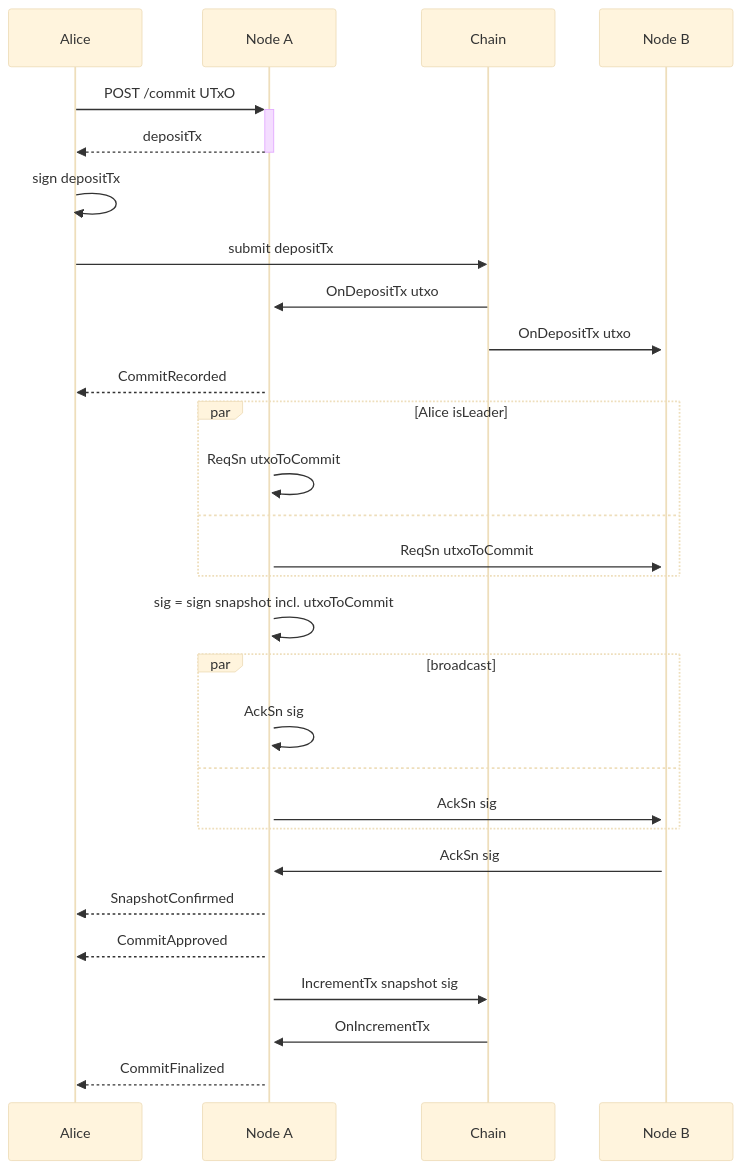
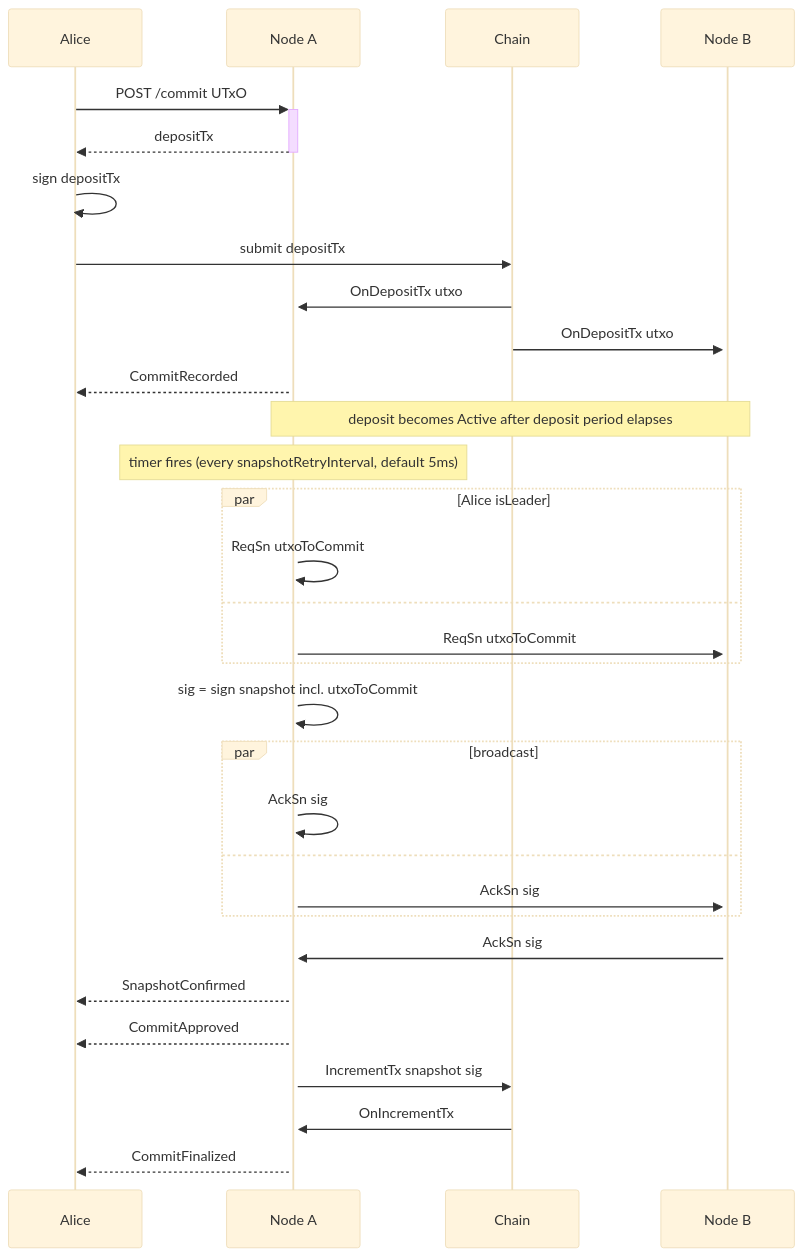
The second of 5 diagrams in docs/docs/dev/protocol.md (cardano-scaling/hydra), drawn with Mermaid (base theme) before and after one commit. The commit also changed other lines of this file and 3 other files, not shown here.

````diff
--- a/docs/docs/dev/protocol.md
+++ b/docs/docs/dev/protocol.md
@@ -36,35 +79,38 @@
 ```mermaid
 sequenceDiagram
     Alice->>+Node A: POST /commit UTxO
     Node A-->>-Alice: depositTx
 
     Alice ->> Alice: sign depositTx
     Alice ->> Chain: submit depositTx
 
     Chain ->>+ Node A: OnDepositTx utxo
     Chain ->>+ Node B: OnDepositTx utxo
 
     Node A -->> Alice: CommitRecorded
+
+    note over Node A,Node B: deposit becomes Active after deposit period elapses
+    note over Node A: timer fires (every snapshotRetryInterval, default 5ms)
 
     par Alice isLeader
         Node A->>Node A: ReqSn utxoToCommit
     and
         Node A->>Node B: ReqSn utxoToCommit
     end
 
     Node A->>Node A: sig = sign snapshot incl. utxoToCommit
 
     par broadcast
         Node A->>Node A: AckSn sig
     and
         Node A->>Node B: AckSn sig
     end
     Node B->>Node A: AckSn sig
     Node A -->> Alice: SnapshotConfirmed
 
     Node A -->> Alice: CommitApproved
 
     Node A ->> Chain: IncrementTx snapshot sig
     Chain ->> Node A: OnIncrementTx
     Node A -->> Alice: CommitFinalized
 ```
````
